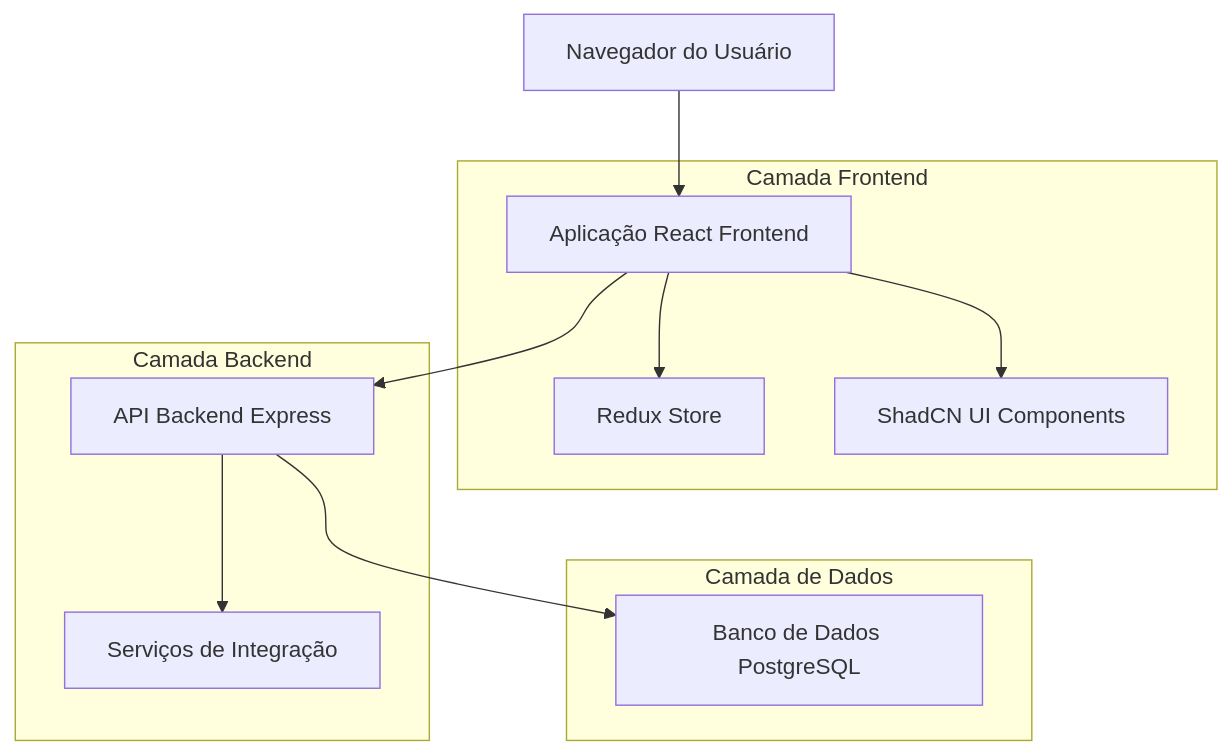
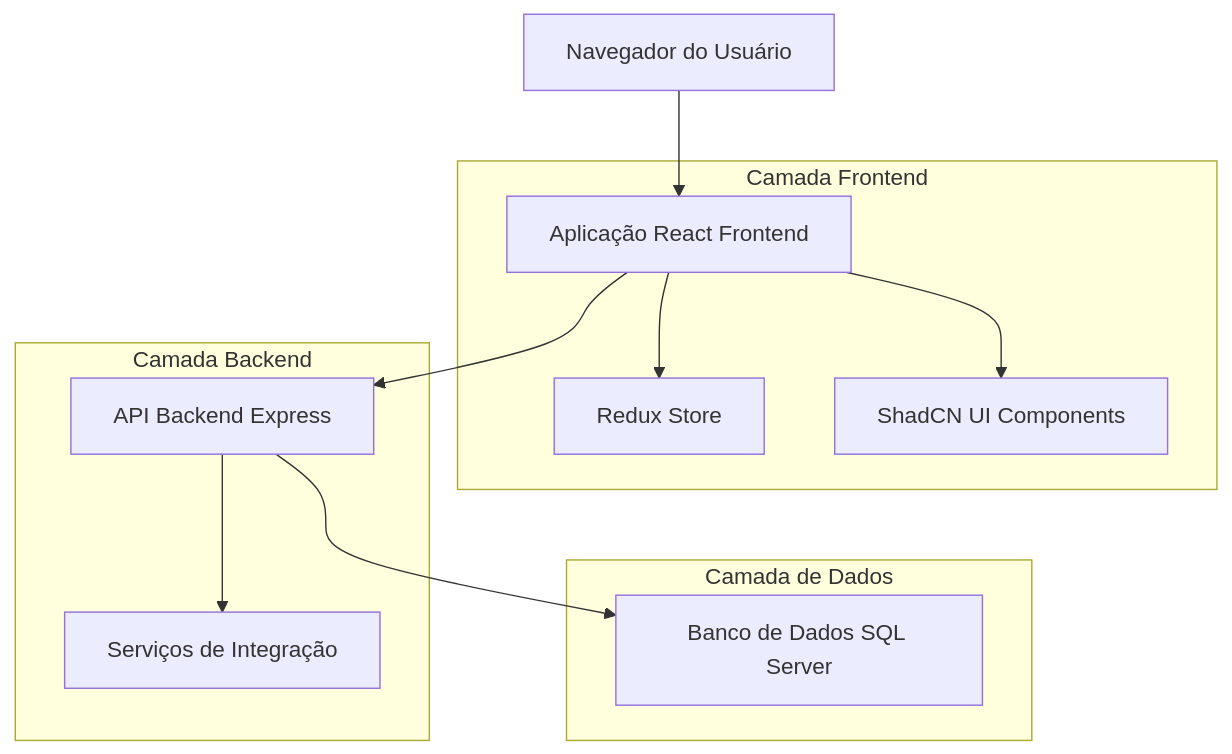
One commit to thiagoraheem/locador-financial changed the first of 3 diagrams in .trae/documents/lancamentos-do-dia-arquitetura.md. Above: the diagram before and after it, drawn with Mermaid. The commit also changed other lines of this file and 182 other files, not shown here.

````diff
--- a/.trae/documents/lancamentos-do-dia-arquitetura.md
+++ b/.trae/documents/lancamentos-do-dia-arquitetura.md
@@ -5,24 +5,24 @@
 ```mermaid
 graph TD
     A[Navegador do Usuário] --> B[Aplicação React Frontend]
     B --> C[Redux Store]
     B --> D[ShadCN UI Components]
     B --> E[API Backend Express]
-    E --> F[Banco de Dados PostgreSQL]
+    E --> F[Banco de Dados SQL Server]
     E --> G[Serviços de Integração]
     
     subgraph "Camada Frontend"
         B
         C
         D
     end
     
     subgraph "Camada Backend"
         E
         G
     end
     
     subgraph "Camada de Dados"
         F
     end
 ```
````
